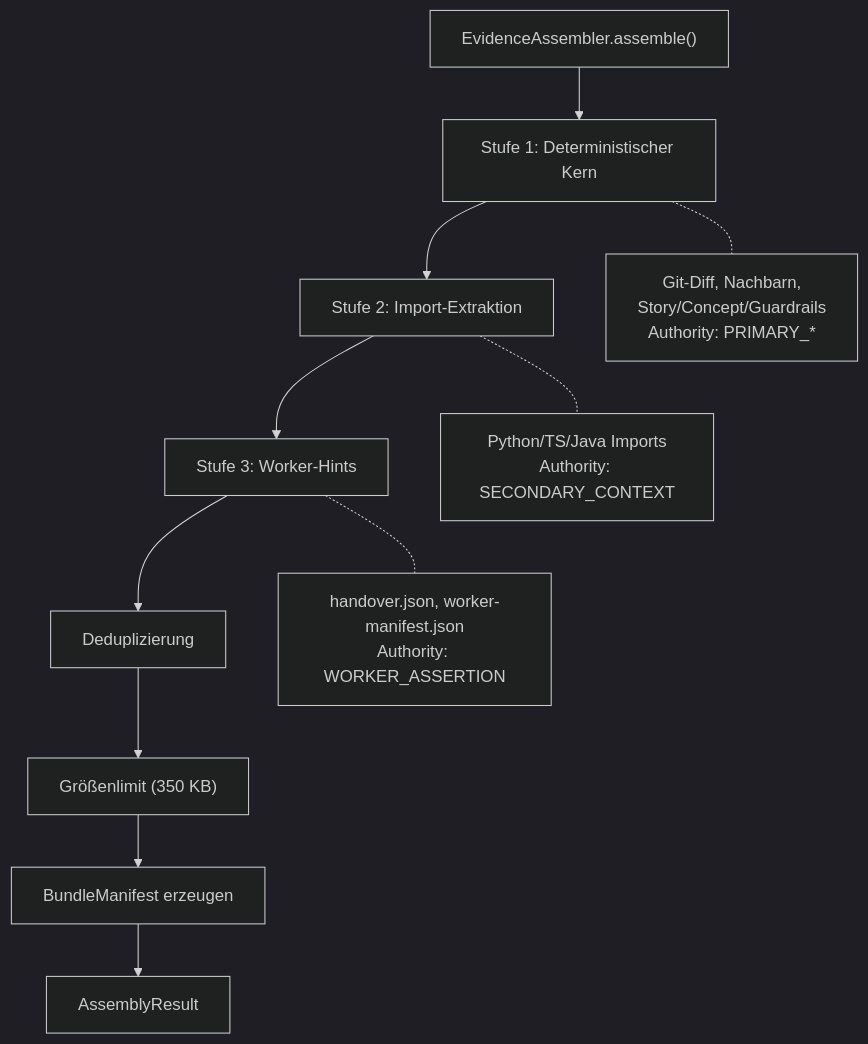
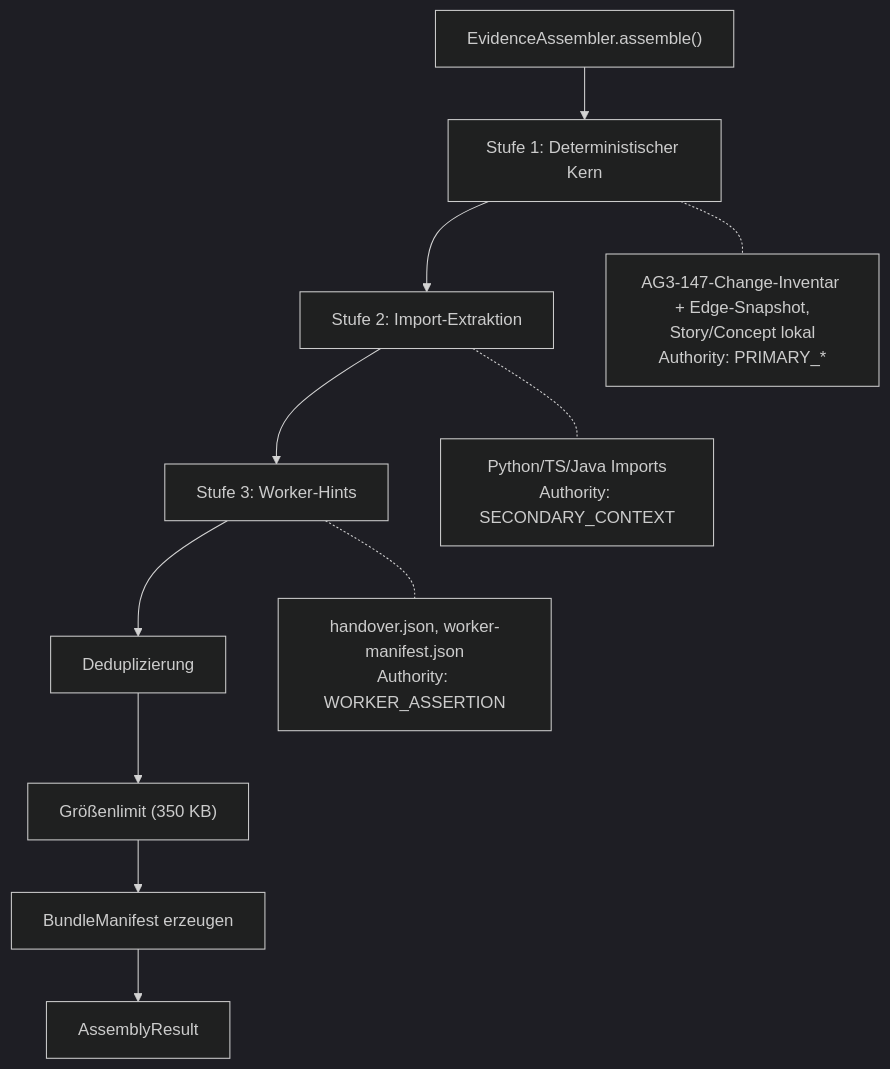
The first of 2 diagrams in concept/technical-design/28_evidence_assembly_review_vorbereitung.md (saltenhof/claude-agentkit3), drawn with Mermaid (dark theme) before and after one commit. The commit also changed other lines of this file and 59 other files, not shown here.

````diff
--- a/concept/technical-design/28_evidence_assembly_review_vorbereitung.md
+++ b/concept/technical-design/28_evidence_assembly_review_vorbereitung.md
@@ -158,14 +179,14 @@
 ```mermaid
 flowchart TD
     START["EvidenceAssembler.assemble()"] --> S1["Stufe 1: Deterministischer Kern"]
     S1 --> S2["Stufe 2: Import-Extraktion"]
     S2 --> S3["Stufe 3: Worker-Hints"]
     S3 --> DEDUP["Deduplizierung"]
     DEDUP --> LIMIT["Größenlimit (350 KB)"]
     LIMIT --> MANIFEST["BundleManifest erzeugen"]
     MANIFEST --> RESULT["AssemblyResult"]
 
-    S1 -.- N1["Git-Diff, Nachbarn,<br/>Story/Concept/Guardrails<br/>Authority: PRIMARY_*"]
+    S1 -.- N1["AG3-147-Change-Inventar + Edge-Snapshot,<br/>Story/Concept lokal<br/>Authority: PRIMARY_*"]
     S2 -.- N2["Python/TS/Java Imports<br/>Authority: SECONDARY_CONTEXT"]
     S3 -.- N3["handover.json, worker-manifest.json<br/>Authority: WORKER_ASSERTION"]
 ```
````
